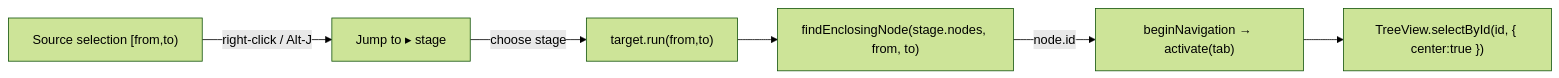
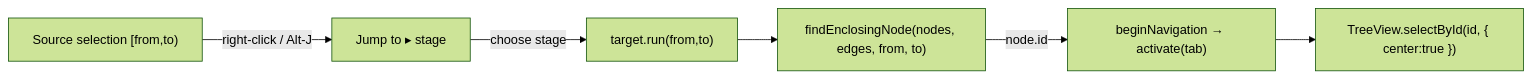
The diagram in docs/contributing/design-notes/Live Visualization - Reverse Jump.md (pengzhengyi/dialoguedown), drawn with Mermaid (forest theme) before and after one commit. The commit also changed other lines of this file and 5 other files, not shown here.

````diff
--- a/docs/contributing/design-notes/Live Visualization - Reverse Jump.md
+++ b/docs/contributing/design-notes/Live Visualization - Reverse Jump.md
@@ -109,8 +114,8 @@
 ```mermaid
 flowchart LR
     sel["Source selection [from,to)"] -->|right-click / Alt-J| menu["Jump to ▸ stage"]
     menu -->|choose stage| run["target.run(from,to)"]
-    run --> find["findEnclosingNode(stage.nodes, from, to)"]
+    run --> find["findEnclosingNode(nodes, edges, from, to)"]
     find -->|node.id| nav["beginNavigation → activate(tab)"]
     nav --> reveal["TreeView.selectById(id, { center:true })"]
 ```
````
